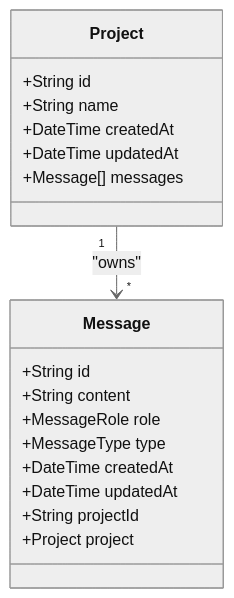
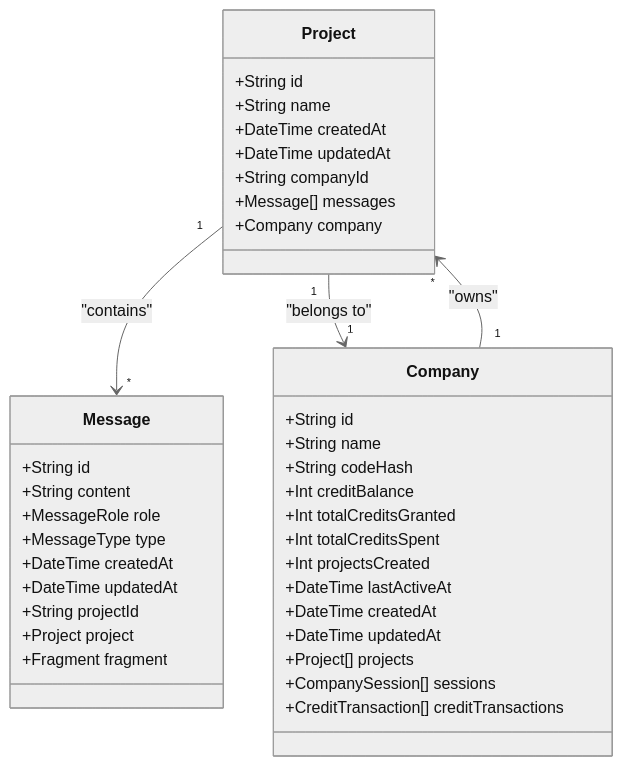
The second of 4 diagrams in .qoder/repowiki/en/content/Data Models & Schema Design/Project Model.md (roisulimani/qai), drawn with Mermaid (neutral theme) before and after one commit. The commit also changed other lines of this file and 4 other files, not shown here.

First line of the commit message:
docs(company-credit): add comprehensive documentation for company credit system

````diff
--- a/.qoder/repowiki/en/content/Data Models & Schema Design/Project Model.md
+++ b/.qoder/repowiki/en/content/Data Models & Schema Design/Project Model.md
@@ -94,21 +125,41 @@
 ```mermaid
 classDiagram
 class Project {
 +String id
 +String name
 +DateTime createdAt
 +DateTime updatedAt
++String companyId
 +Message[] messages
++Company company
 }
 class Message {
 +String id
 +String content
 +MessageRole role
 +MessageType type
 +DateTime createdAt
 +DateTime updatedAt
 +String projectId
 +Project project
++Fragment fragment
 }
-Project "1" --> "*" Message : "owns"
+class Company {
++String id
++String name
++String codeHash
++Int creditBalance
++Int totalCreditsGranted
++Int totalCreditsSpent
++Int projectsCreated
++DateTime lastActiveAt
++DateTime createdAt
++DateTime updatedAt
++Project[] projects
++CompanySession[] sessions
++CreditTransaction[] creditTransactions
+}
+Project "1" --> "*" Message : "contains"
+Project "1" --> "1" Company : "belongs to"
+Company "1" --> "*" Project : "owns"
 ```
````
